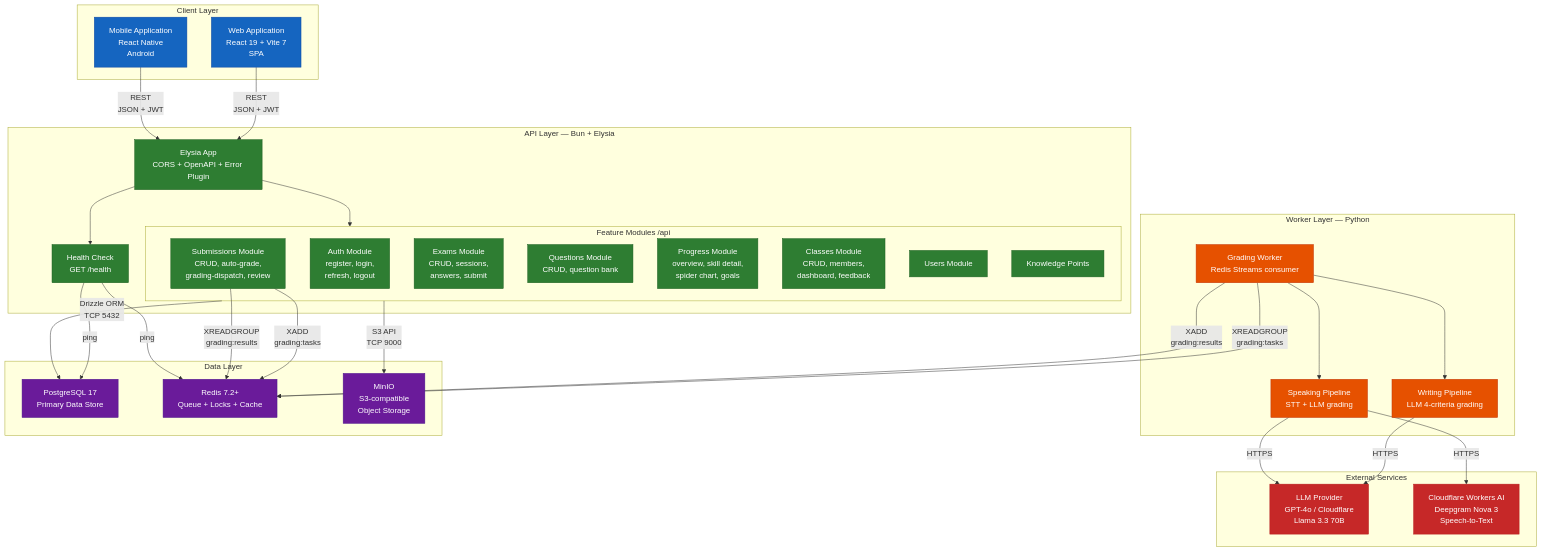
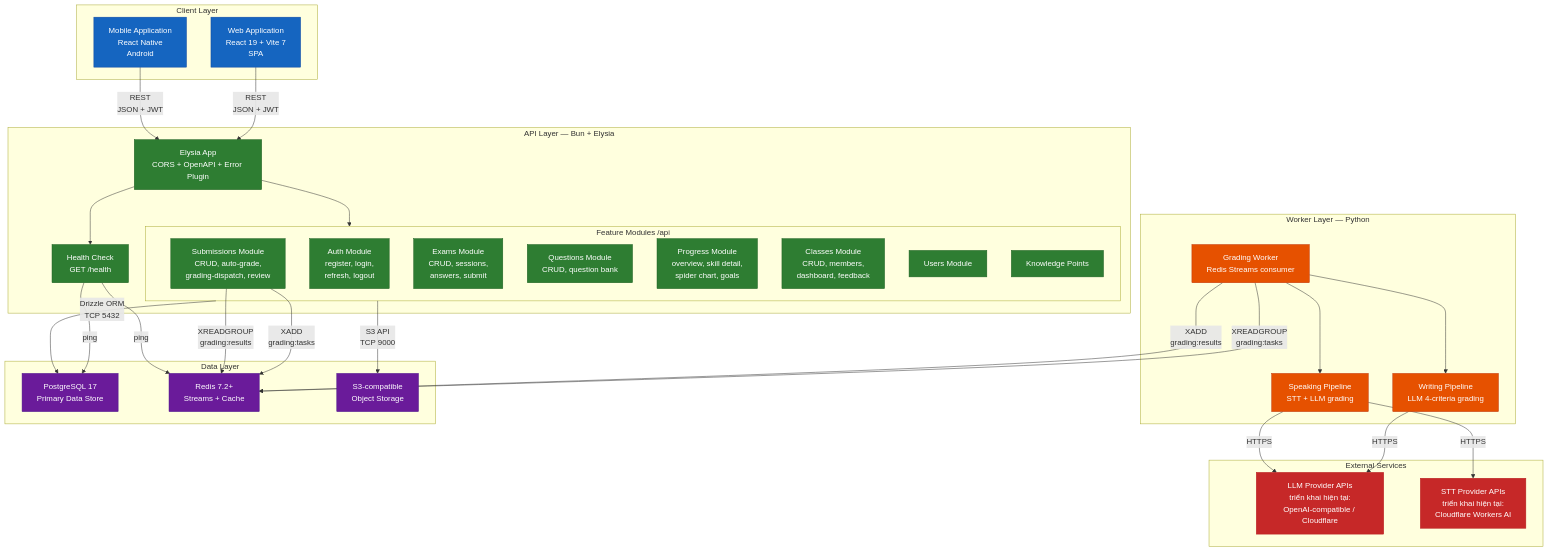
One commit to nghyane/VSTEP changed the first of 16 diagrams in docs/capstone/reports/VI/report4-software-design-document.md. Above: the diagram before and after it, drawn with Mermaid. The commit also changed other lines of this file and 1 other file, not shown here.

Commit message:
docs: align report 4 with current architecture

````diff
--- a/docs/capstone/reports/VI/report4-software-design-document.md
+++ b/docs/capstone/reports/VI/report4-software-design-document.md
@@ -47,73 +47,73 @@
 ```mermaid
 flowchart TB
     subgraph Clients ["Client Layer"]
         WebApp["Web Application<br/>React 19 + Vite 7<br/>SPA"]
         MobileApp["Mobile Application<br/>React Native<br/>Android"]
     end
 
     subgraph APILayer ["API Layer — Bun + Elysia"]
         Gateway["Elysia App<br/>CORS + OpenAPI + Error Plugin"]
         subgraph Modules ["Feature Modules /api"]
             AuthMod["Auth Module<br/>register, login,<br/>refresh, logout"]
             SubMod["Submissions Module<br/>CRUD, auto-grade,<br/>grading-dispatch, review"]
             ExamMod["Exams Module<br/>CRUD, sessions,<br/>answers, submit"]
             QuestMod["Questions Module<br/>CRUD, question bank"]
             ProgMod["Progress Module<br/>overview, skill detail,<br/>spider chart, goals"]
             ClassMod["Classes Module<br/>CRUD, members,<br/>dashboard, feedback"]
             UserMod["Users Module"]
             KPMod["Knowledge Points"]
         end
         HealthMod["Health Check<br/>GET /health"]
     end
 
     subgraph WorkerLayer ["Worker Layer — Python"]
         Worker["Grading Worker<br/>Redis Streams consumer"]
         WritingPipe["Writing Pipeline<br/>LLM 4-criteria grading"]
         SpeakingPipe["Speaking Pipeline<br/>STT + LLM grading"]
     end
 
     subgraph DataLayer ["Data Layer"]
         PG["PostgreSQL 17<br/>Primary Data Store"]
-        Redis["Redis 7.2+<br/>Queue + Locks + Cache"]
-        MinIO["MinIO<br/>S3-compatible<br/>Object Storage"]
+        Redis["Redis 7.2+<br/>Streams + Cache"]
+        ObjectStorage["S3-compatible<br/>Object Storage"]
     end
 
     subgraph External ["External Services"]
-        LLMAPI["LLM Provider<br/>GPT-4o / Cloudflare<br/>Llama 3.3 70B"]
-        STTAPI["Cloudflare Workers AI<br/>Deepgram Nova 3<br/>Speech-to-Text"]
+        LLMAPI["LLM Provider APIs<br/>triển khai hiện tại:<br/>OpenAI-compatible / Cloudflare"]
+        STTAPI["STT Provider APIs<br/>triển khai hiện tại:<br/>Cloudflare Workers AI"]
     end
 
     WebApp -->|"REST<br/>JSON + JWT"| Gateway
     MobileApp -->|"REST<br/>JSON + JWT"| Gateway
     Gateway --> Modules
     Gateway --> HealthMod
 
     SubMod -->|"XADD<br/>grading:tasks"| Redis
     Worker -->|"XREADGROUP<br/>grading:tasks"| Redis
     SubMod -->|"XREADGROUP<br/>grading:results"| Redis
 
     Modules -->|"Drizzle ORM<br/>TCP 5432"| PG
 
     Worker --> WritingPipe
     Worker --> SpeakingPipe
     WritingPipe -->|"HTTPS"| LLMAPI
     SpeakingPipe -->|"HTTPS"| STTAPI
     SpeakingPipe -->|"HTTPS"| LLMAPI
     Worker -->|"XADD<br/>grading:results"| Redis
 
     HealthMod -->|"ping"| PG
     HealthMod -->|"ping"| Redis
-    Modules -->|"S3 API<br/>TCP 9000"| MinIO
+    Modules -->|"S3 API<br/>TCP 9000"| ObjectStorage
 
     classDef client fill:#1565c0,stroke:#0d47a1,color:#fff
     classDef api fill:#2e7d32,stroke:#1b5e20,color:#fff
     classDef worker fill:#e65100,stroke:#bf360c,color:#fff
     classDef data fill:#6a1b9a,stroke:#4a148c,color:#fff
     classDef external fill:#c62828,stroke:#b71c1c,color:#fff
 
     class WebApp,MobileApp client
     class Gateway,AuthMod,SubMod,ExamMod,QuestMod,ProgMod,ClassMod,UserMod,KPMod,HealthMod api
     class Worker,WritingPipe,SpeakingPipe worker
-    class PG,Redis,MinIO data
+    class PG,Redis,ObjectStorage data
     class LLMAPI,STTAPI external
 ```
````
